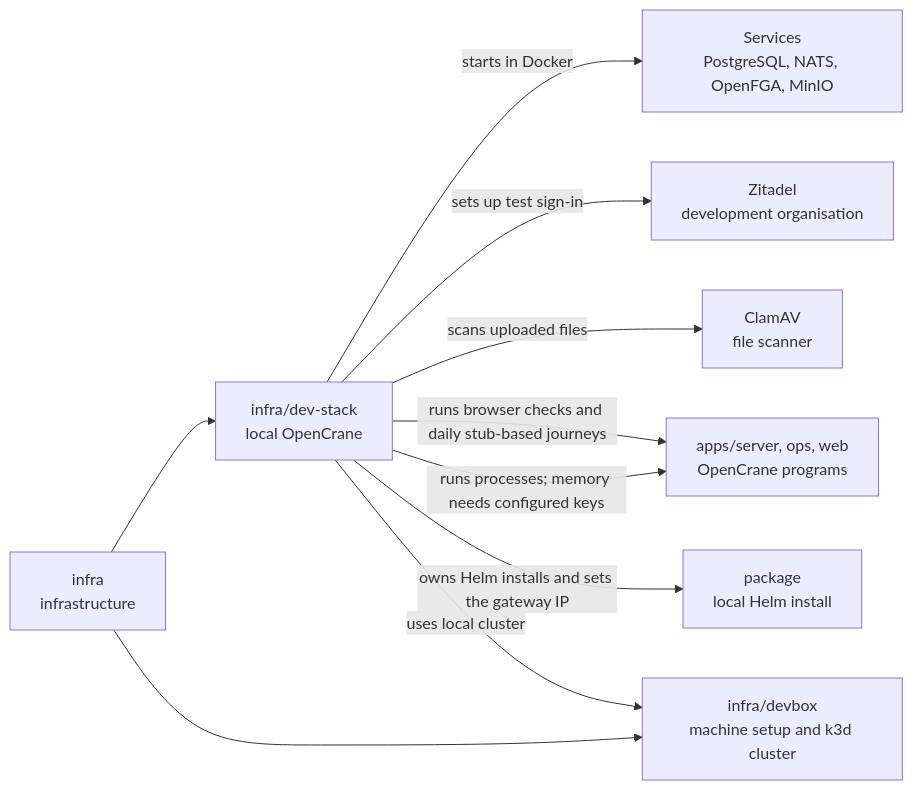
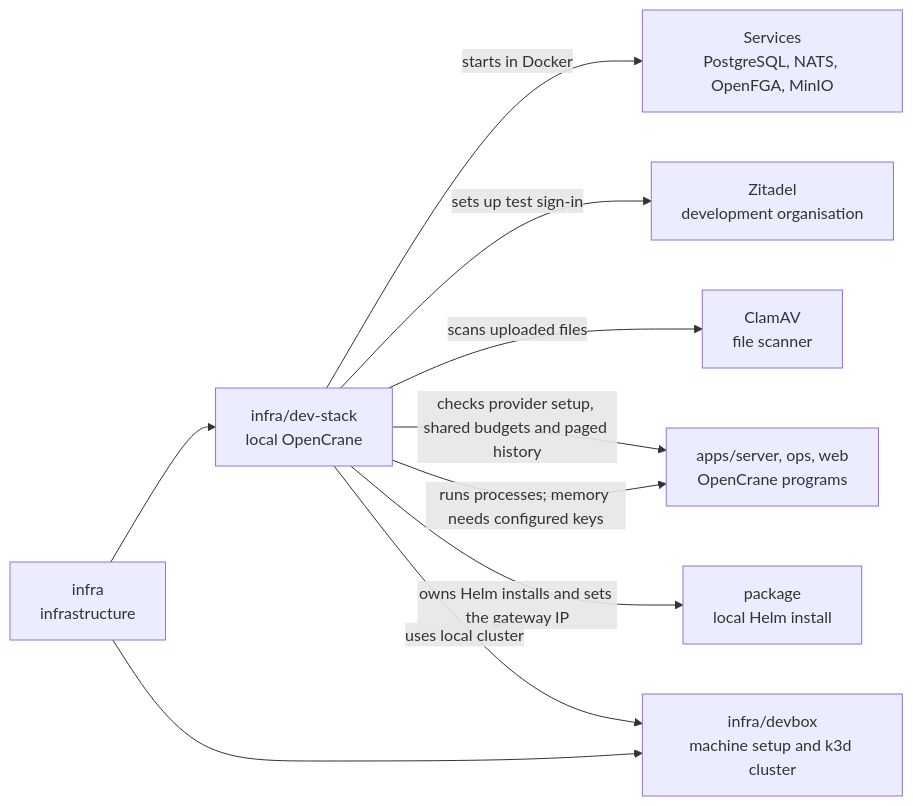
Before and after one commit to elewa-git/opencrane-new: the diagram in infra/dev-stack/README.md, drawn with Mermaid. The commit also changed other lines of this file and 17 other files, not shown here.

````diff
--- a/infra/dev-stack/README.md
+++ b/infra/dev-stack/README.md
@@ -15,12 +15,12 @@
 ```mermaid
 flowchart LR
   infra["infra<br/>infrastructure"] --> stack["infra/dev-stack<br/>local OpenCrane"]
   stack -->|starts in Docker| services["Services<br/>PostgreSQL, NATS, OpenFGA, MinIO"]
   stack -->|sets up test sign-in| zitadel["Zitadel<br/>development organisation"]
   stack -->|scans uploaded files| clamav["ClamAV<br/>file scanner"]
   stack -->|runs processes; memory needs configured keys| apps["apps/server, ops, web<br/>OpenCrane programs"]
   stack -->|owns Helm installs and sets the gateway IP| package["package<br/>local Helm install"]
-  stack -->|runs browser checks and daily stub-based journeys| apps
+  stack -->|checks provider setup, shared budgets and paged history| apps
   infra --> devbox["infra/devbox<br/>machine setup and k3d cluster"]
   stack -->|uses local cluster| devbox
 ```
````
